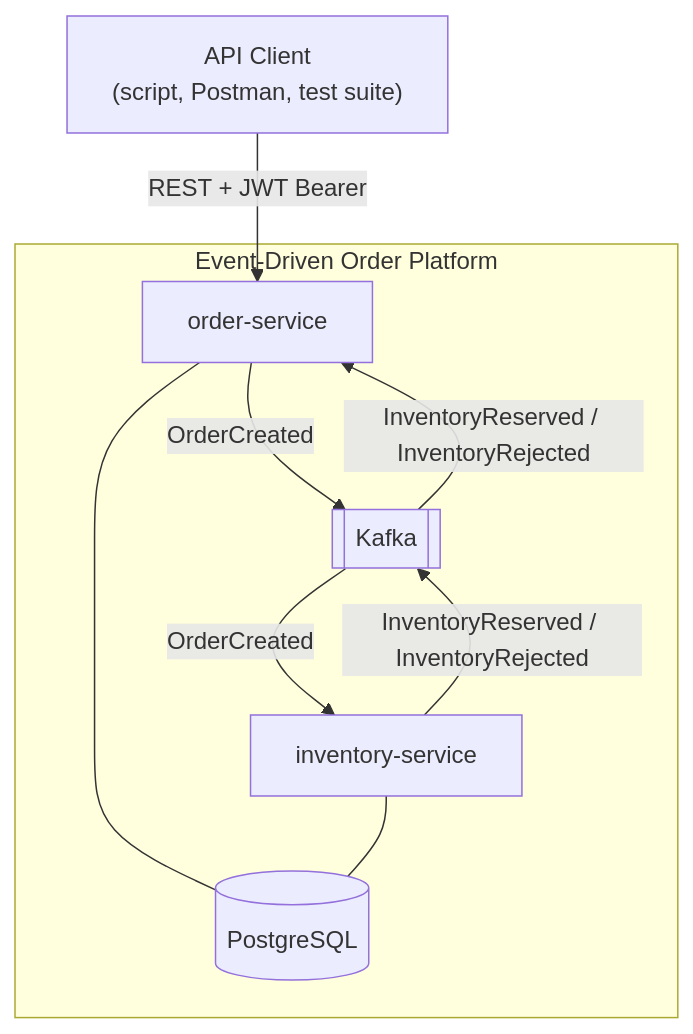
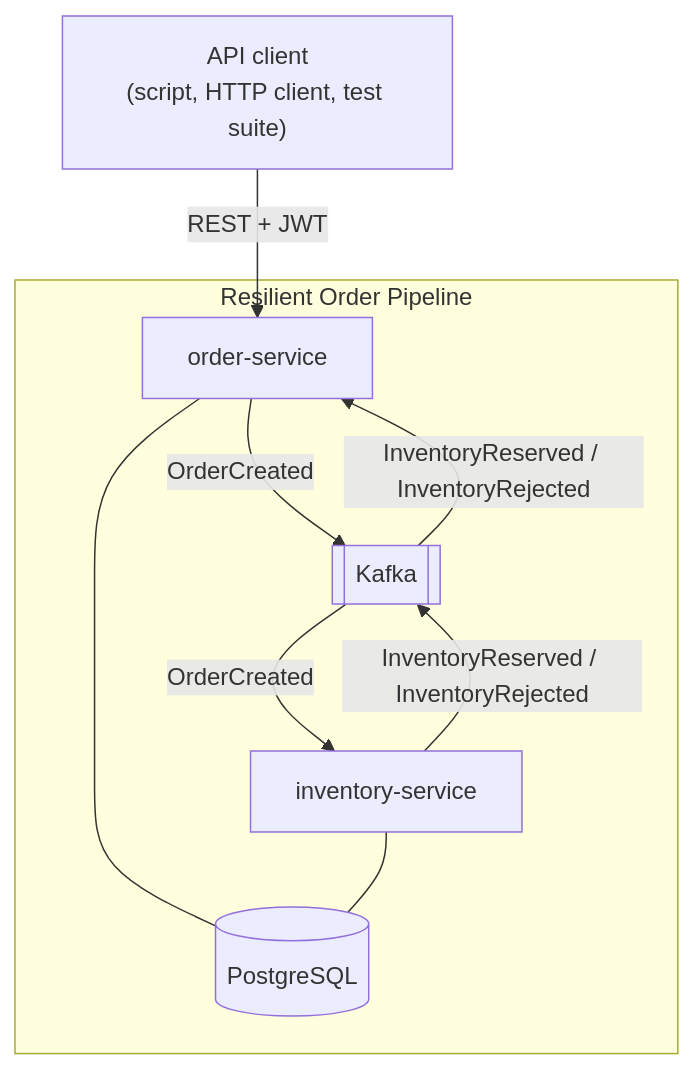
One commit to kaulinmindiola/Resilient-Order-Pipeline changed the first of 12 diagrams in docs/sdd.md. Above: the diagram before and after it, drawn with Mermaid. The commit also changed other lines of this file, not shown here.

Commit message:
docs: align SDD with the implementation and add sequence diagrams

````diff
--- a/docs/sdd.md
+++ b/docs/sdd.md
@@ -168,17 +102,17 @@
 ```mermaid
 graph TB
-    Client["API Client<br/>(script, Postman, test suite)"]
-    subgraph Platform["Event-Driven Order Platform"]
+    Client["API client<br/>(script, HTTP client, test suite)"]
+    subgraph System["Resilient Order Pipeline"]
         OS[order-service]
         IS[inventory-service]
         PG[(PostgreSQL)]
         KF[[Kafka]]
     end
-    Client -- "REST + JWT Bearer" --> OS
+    Client -- "REST + JWT" --> OS
     OS -- "OrderCreated" --> KF
     KF -- "OrderCreated" --> IS
     IS -- "InventoryReserved / InventoryRejected" --> KF
     KF -- "InventoryReserved / InventoryRejected" --> OS
     OS --- PG
     IS --- PG
 ```
````
